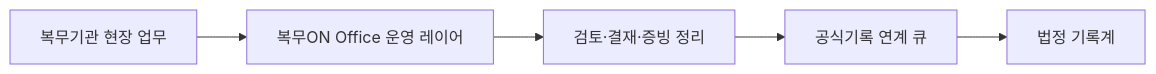
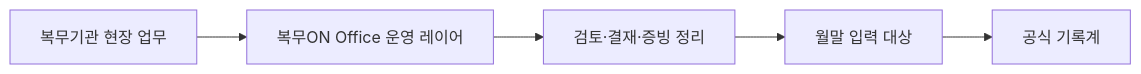
Before and after one commit to rlagusghvv/bokmu-office: the diagram in FIELD_VARIABILITY_STRATEGY.md, drawn with Mermaid. The commit also changed other lines of this file and 8 other files, not shown here.

````diff
--- a/FIELD_VARIABILITY_STRATEGY.md
+++ b/FIELD_VARIABILITY_STRATEGY.md
@@ -31,7 +31,7 @@
 ```mermaid
 flowchart LR
   A["복무기관 현장 업무"] --> B["복무ON Office 운영 레이어"]
   B --> C["검토·결재·증빙 정리"]
-  C --> D["공식기록 연계 큐"]
-  D --> E["법정 기록계"]
+  C --> D["월말 입력 대상"]
+  D --> E["공식 기록계"]
 ```
````
